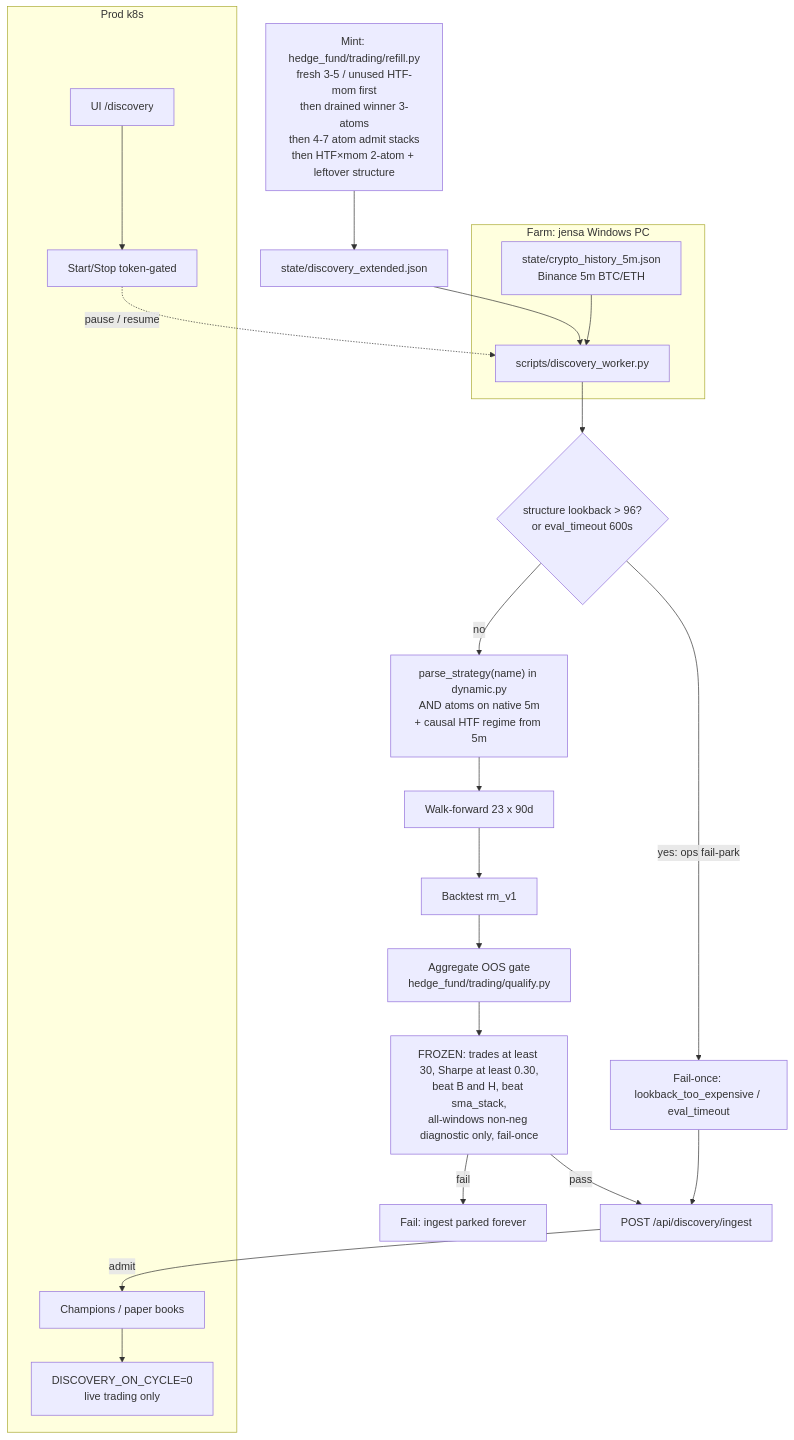
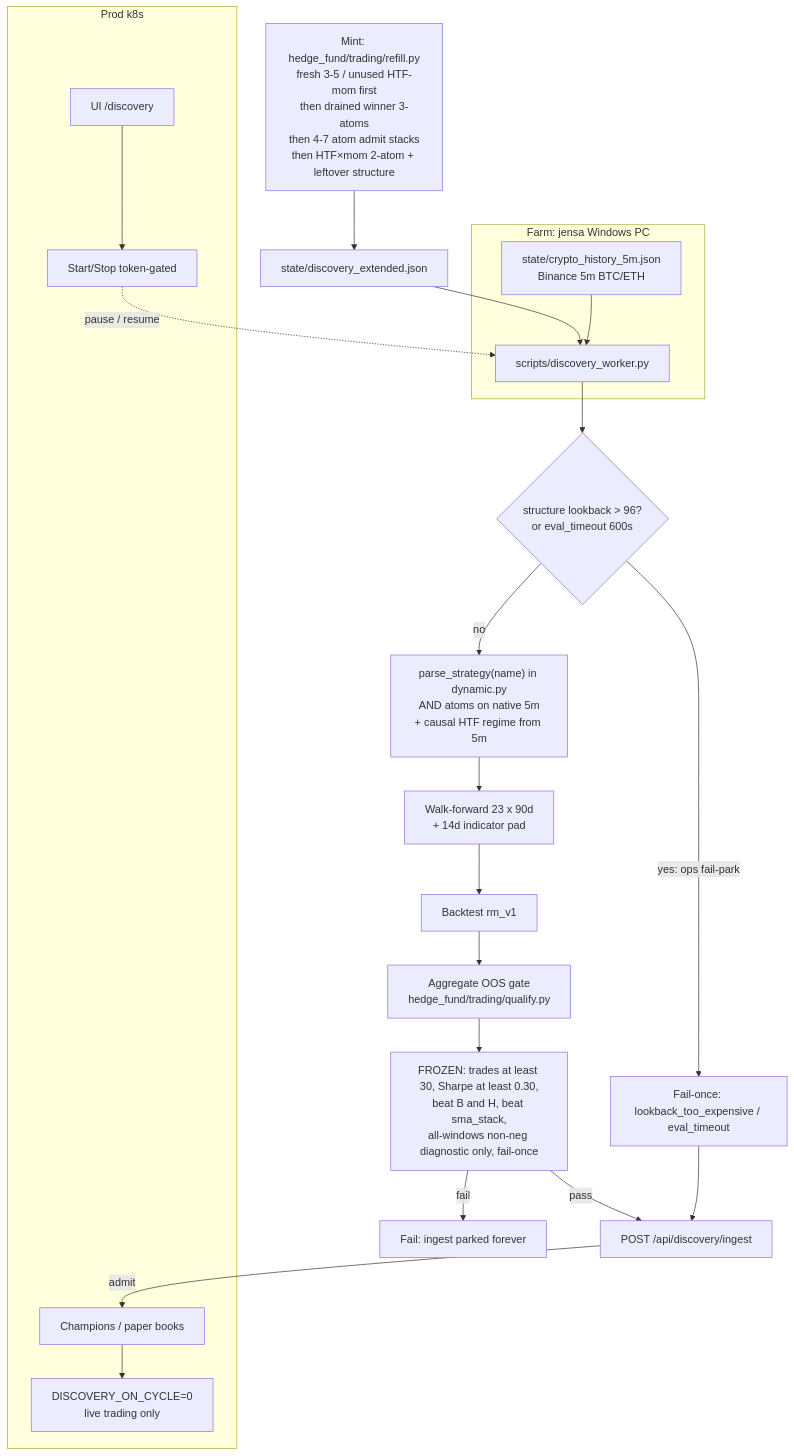
The first of 3 diagrams in docs/WORKFLOW.md (Runemark7/paper-trading-bot), drawn with Mermaid before and after one commit. The commit also changed other lines of this file and 15 other files, not shown here.

````diff
--- a/docs/WORKFLOW.md
+++ b/docs/WORKFLOW.md
@@ -51,42 +55,42 @@
 ```mermaid
 flowchart TB
   recipe["Mint: hedge_fund/trading/refill.py\nfresh 3-5 / unused HTF-mom first\nthen drained winner 3-atoms\nthen 4-7 atom admit stacks\nthen HTF×mom 2-atom + leftover structure"]
   ext["state/discovery_extended.json"]
   recipe --> ext
 
   subgraph farm [Farm: jensa Windows PC]
     worker["scripts/discovery_worker.py"]
     hist["state/crypto_history_5m.json\nBinance 5m BTC/ETH"]
   end
   ext --> worker
   hist --> worker
 
   guard{"structure lookback > 96?\nor eval_timeout 600s"}
   parse["parse_strategy(name) in dynamic.py\nAND atoms on native 5m\n+ causal HTF regime from 5m"]
-  wf["Walk-forward 23 x 90d"]
+  wf["Walk-forward 23 x 90d\n+ 14d indicator pad"]
   bt["Backtest rm_v1"]
   gate["Aggregate OOS gate\nhedge_fund/trading/qualify.py"]
   worker --> guard
   guard -->|"yes: ops fail-park"| parkOps["Fail-once: lookback_too_expensive / eval_timeout"]
   guard -->|no| parse --> wf --> bt --> gate
 
   frozen["FROZEN: trades at least 30, Sharpe at least 0.30,\nbeat B and H, beat sma_stack,\nall-windows non-neg diagnostic only, fail-once"]
   gate --> frozen
 
   ingest["POST /api/discovery/ingest"]
   park["Fail: ingest parked forever"]
   frozen -->|"pass"| ingest
   frozen -->|"fail"| park
   parkOps --> ingest
 
   subgraph prod [Prod k8s]
     champs["Champions / paper books"]
     live["DISCOVERY_ON_CYCLE=0\nlive trading only"]
     ui["UI /discovery"]
     ctl["Start/Stop token-gated"]
   end
   ingest -->|"admit"| champs
   champs --> live
   ui --> ctl
   ctl -.->|"pause / resume"| worker
 ```
````
